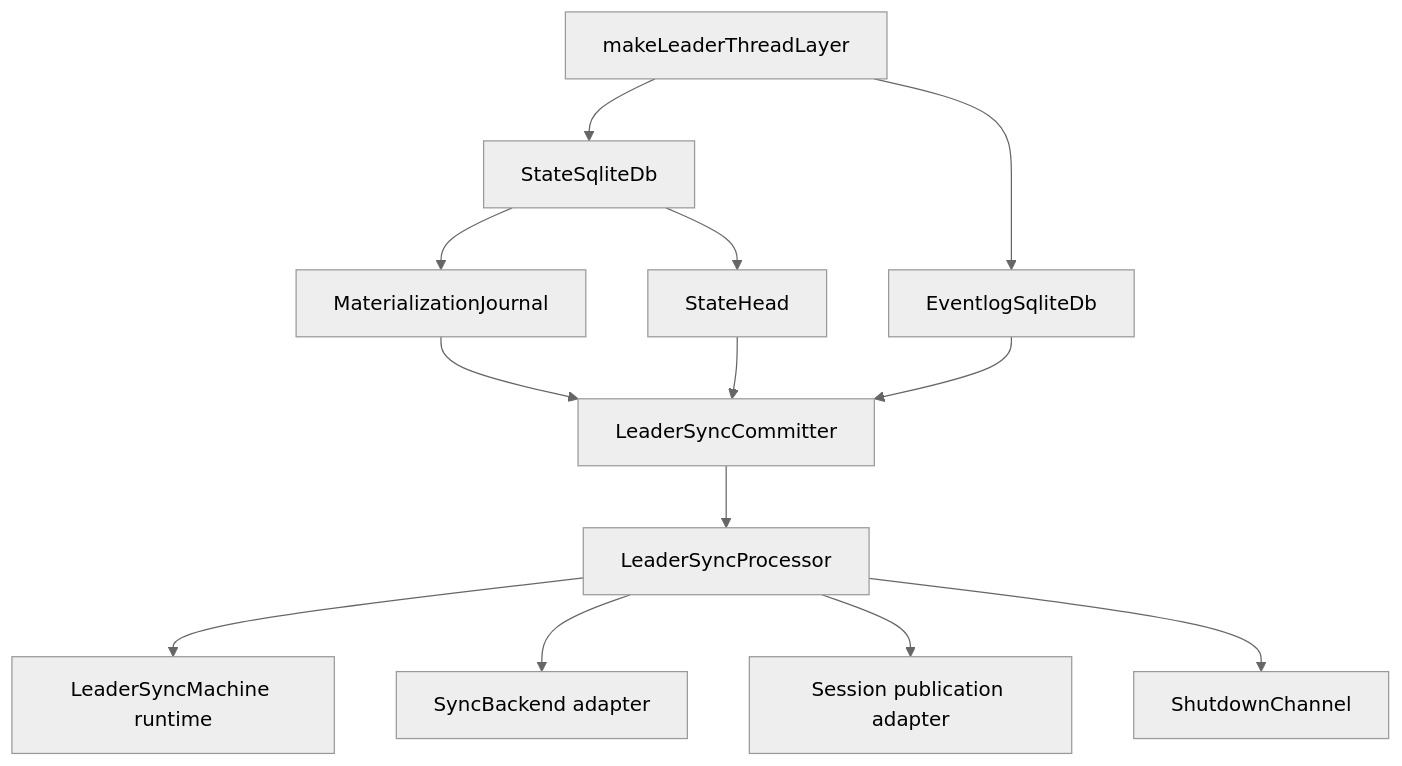
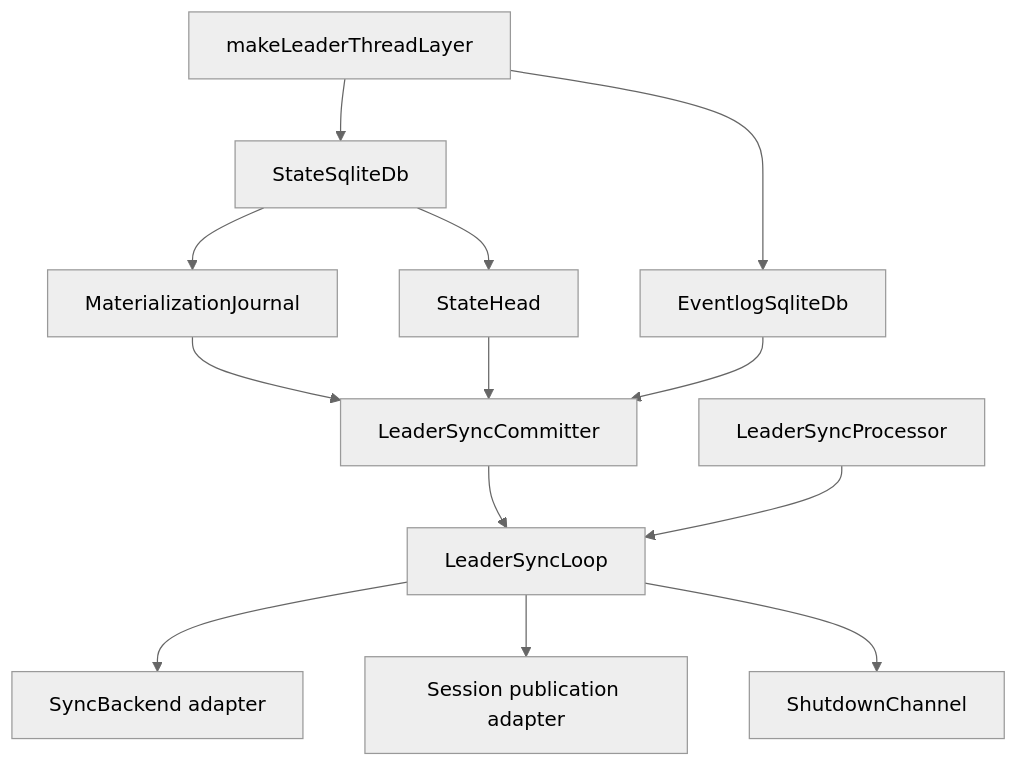
One commit to slashv/livestore changed the third of 3 diagrams in contributor-docs/rfcs/0003-leader-sync-state-machine.md. Above: the diagram before and after it, drawn with Mermaid (neutral theme). The commit also changed other lines of this file and 1 other file, not shown here.

Commit message:
Document serialized leader sync loop

````diff
--- a/contributor-docs/rfcs/0003-leader-sync-state-machine.md
+++ b/contributor-docs/rfcs/0003-leader-sync-state-machine.md
@@ -120,15 +105,15 @@
 ```mermaid
 flowchart TB
   LeaderLayer[makeLeaderThreadLayer] --> StateDb[StateSqliteDb]
   LeaderLayer --> EventlogDb[EventlogSqliteDb]
   StateDb --> Journal[MaterializationJournal]
   StateDb --> StateHead[StateHead]
   Journal --> Committer[LeaderSyncCommitter]
   StateHead --> Committer
   EventlogDb --> Committer
-  Committer --> Processor[LeaderSyncProcessor]
-  Processor --> Machine[LeaderSyncMachine runtime]
-  Processor --> Provider[SyncBackend adapter]
-  Processor --> SessionQueues[Session publication adapter]
-  Processor --> Shutdown[ShutdownChannel]
+  Committer --> Loop[LeaderSyncLoop]
+  Processor[LeaderSyncProcessor] --> Loop
+  Loop --> Provider[SyncBackend adapter]
+  Loop --> SessionQueues[Session publication adapter]
+  Loop --> Shutdown[ShutdownChannel]
 ```
````
